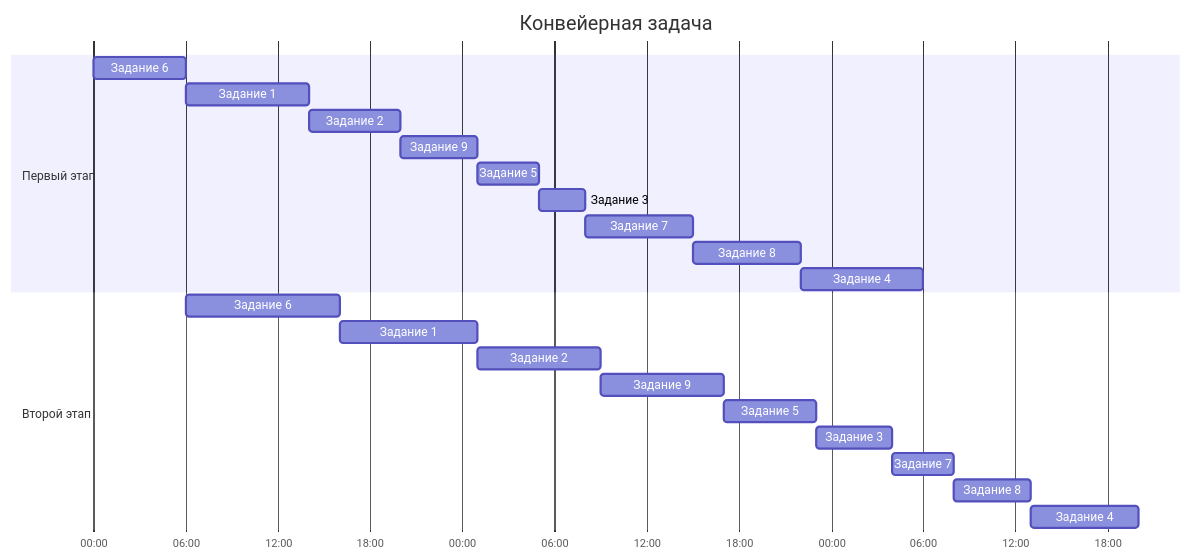
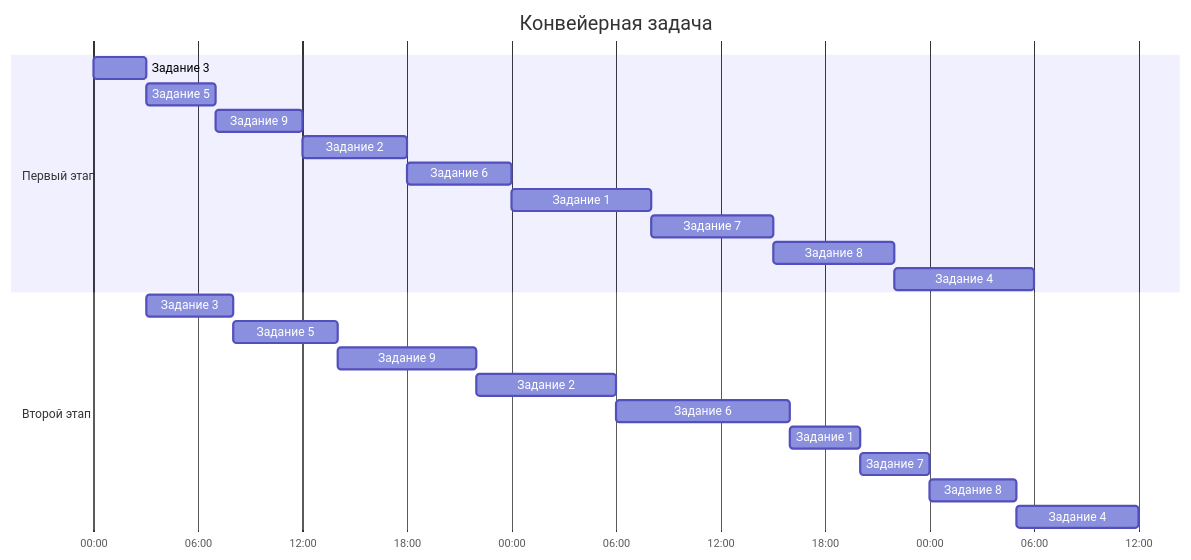
Before and after one commit to HSE-algo-23-crow/manual_tasks: the second of 2 diagrams in task_8/altyn_task_8.md, drawn with Mermaid. The commit also changed other lines of this file, not shown here.

````diff
--- a/task_8/altyn_task_8.md
+++ b/task_8/altyn_task_8.md
@@ -81,26 +80,26 @@
 ```mermaid
 gantt
 title Конвейерная задача
 dateFormat HH:mm
 axisFormat %H:%M
 section Первый этап
-Задание 6 :a1, 00:00 , 6h
-Задание 1 :a2, after a1, 8h
-Задание 2 :a3, after a2, 6h
-Задание 9 :a4, after a3, 5h
-Задание 5 :a5, after a4, 4h
-Задание 3 :a6, after a5, 3h
+Задание 3 :a1, 00:00 , 3h
+Задание 5 :a2, after a1, 4h
+Задание 9 :a3, after a2, 5h
+Задание 2 :a4, after a3, 6h
+Задание 6 :a5, after a4, 6h
+Задание 1 :a6, after a5, 8h
 Задание 7 :a7, after a6, 7h
 Задание 8 :a8, after a7, 7h
 Задание 4 :a9, after a8, 8h
 section Второй этап
-Задание 6 :b1, after a1, 10h
-Задание 1 :b2, after b1, 9h
-Задание 2 :b3, after b2, 8h
-Задание 9 :b4, after b3, 8h
-Задание 5 :b5, after b4, 6h
-Задание 3 :b6, after b5, 5h
+Задание 3 :b1, after a1, 5h
+Задание 5 :b2, after b1, 6h
+Задание 9 :b3, after b2, 8h
+Задание 2 :b4, after b3, 8h
+Задание 6 :b5, after b4, 10h
+Задание 1 :b6, after b5, 4h
 Задание 7 :b7, after b6, 4h
 Задание 8 :b8, after b7, 5h
 Задание 4 :b9, after b8, 7h
 ```
````
